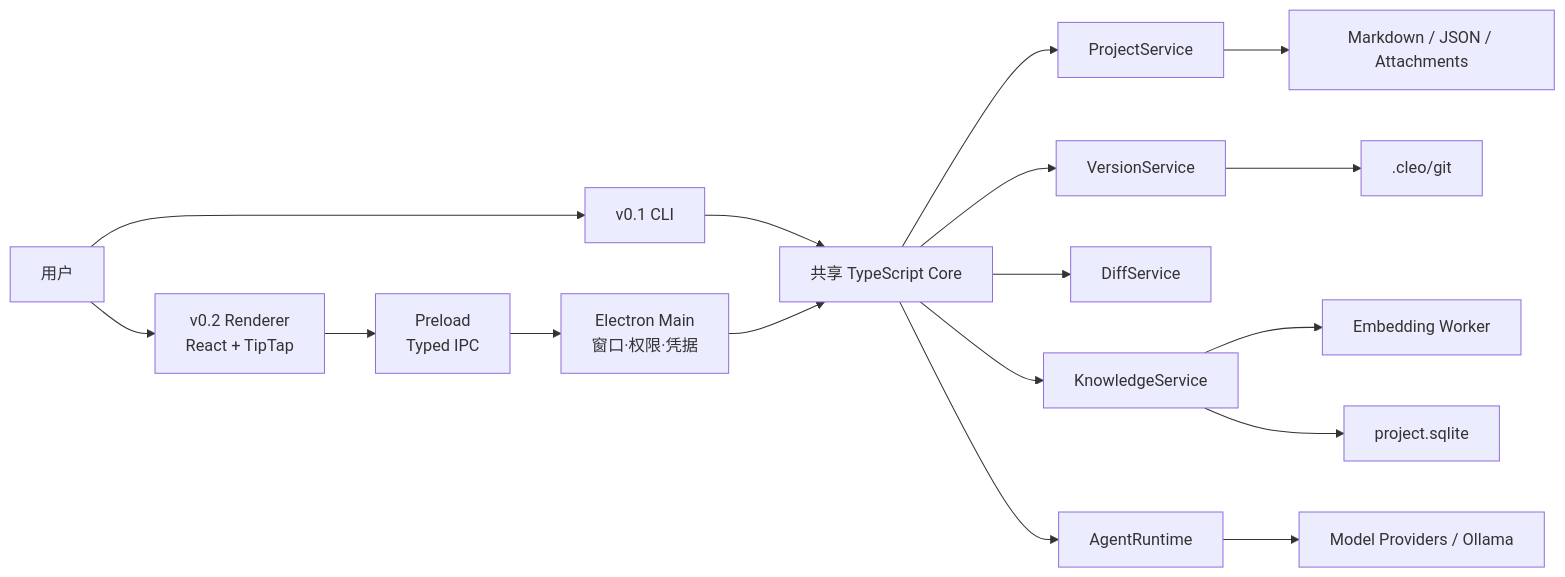
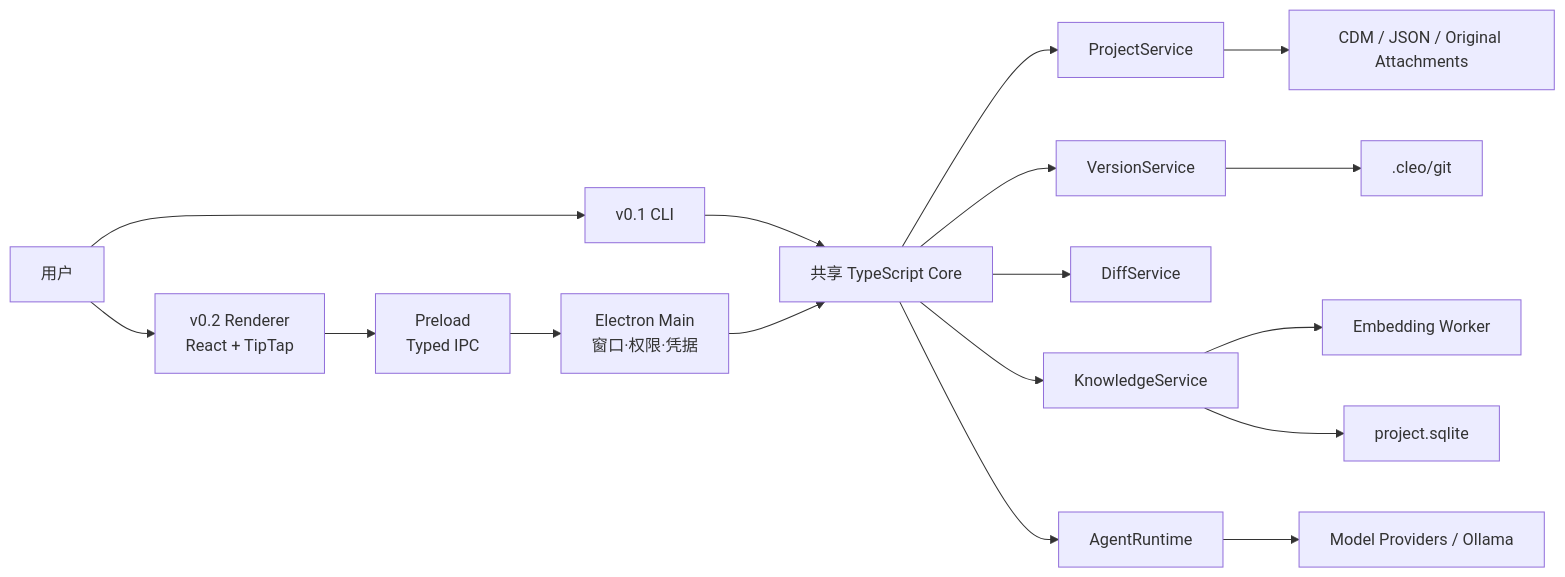
The first of 4 diagrams in docs/TECHNICAL_ARCHITECTURE.md (Mengman/CleoDoc), drawn with Mermaid before and after one commit. The commit also changed other lines of this file and 8 other files, not shown here.

````diff
--- a/docs/TECHNICAL_ARCHITECTURE.md
+++ b/docs/TECHNICAL_ARCHITECTURE.md
@@ -86,19 +86,19 @@
 ```mermaid
 flowchart LR
     USER["用户"] --> CLI["v0.1 CLI"]
     CLI --> CORE["共享 TypeScript Core"]
     USER --> UI["v0.2 Renderer<br/>React + TipTap"]
     UI --> PRELOAD["Preload<br/>Typed IPC"]
     PRELOAD --> MAIN["Electron Main<br/>窗口·权限·凭据"]
     MAIN --> CORE
     CORE --> PROJECT["ProjectService"]
     CORE --> VERSION["VersionService"]
     CORE --> DIFF["DiffService"]
     CORE --> KNOWLEDGE["KnowledgeService"]
     CORE --> AGENT["AgentRuntime"]
     KNOWLEDGE --> WORKER["Embedding Worker"]
-    PROJECT --> FILES["Markdown / JSON / Attachments"]
+    PROJECT --> FILES["CDM / JSON / Original Attachments"]
     VERSION --> GIT[".cleo/git"]
     KNOWLEDGE --> SQLITE["project.sqlite"]
     AGENT --> MODELS["Model Providers / Ollama"]
 ```
````
